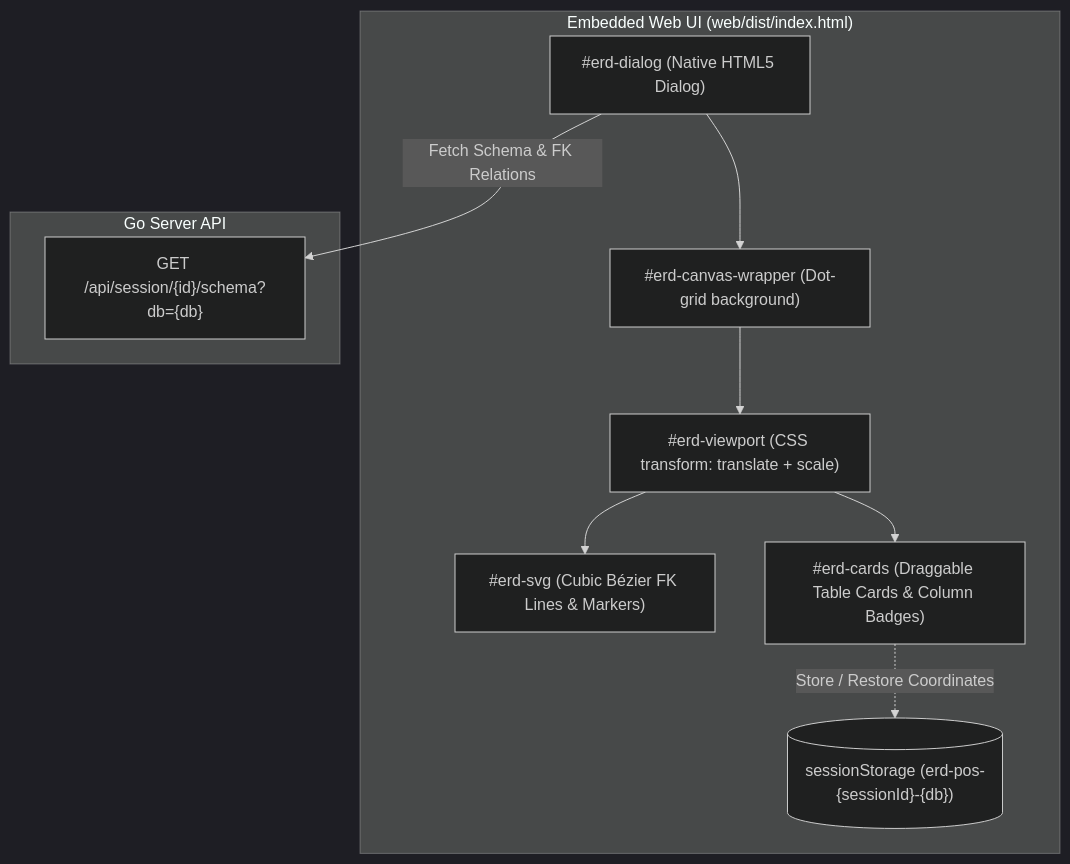
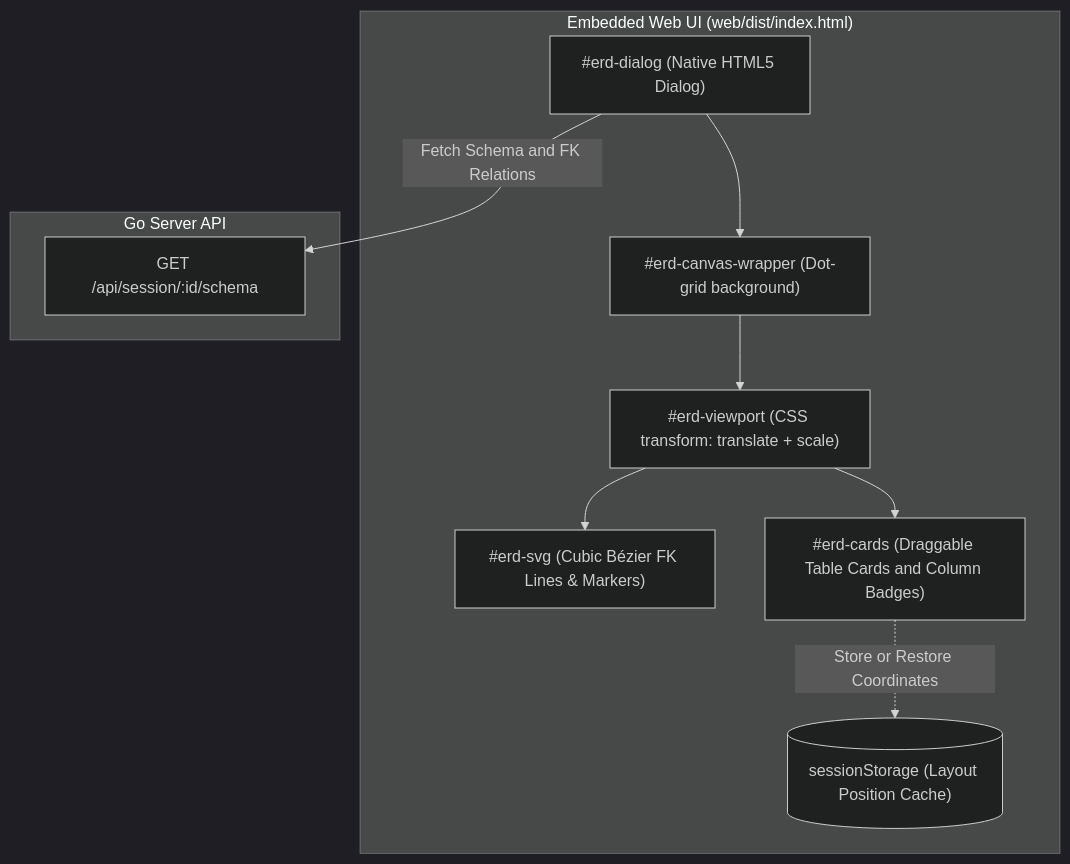
Before and after one commit to herliansyah/sqlfox: the ninth of 23 diagrams in ARCHITECTURE.md, drawn with Mermaid (dark theme). The commit also changed other lines of this file and 9 other files, not shown here.

First line of the commit message:
docs: synchronize architecture, milestones, and security specs for v0.16.1 (#137)

````diff
--- a/ARCHITECTURE.md
+++ b/ARCHITECTURE.md
@@ -396,22 +396,22 @@
 ```mermaid
 flowchart TD
     subgraph Frontend ["Embedded Web UI (web/dist/index.html)"]
         Dialog["#erd-dialog (Native HTML5 Dialog)"]
         Wrapper["#erd-canvas-wrapper (Dot-grid background)"]
         Viewport["#erd-viewport (CSS transform: translate + scale)"]
         SVG["#erd-svg (Cubic Bézier FK Lines & Markers)"]
-        Cards["#erd-cards (Draggable Table Cards & Column Badges)"]
-        SessionStore[("sessionStorage (erd-pos-{sessionId}-{db})")]
+        Cards["#erd-cards (Draggable Table Cards and Column Badges)"]
+        SessionStore[("sessionStorage (Layout Position Cache)")]
     end
 
     subgraph Backend ["Go Server API"]
-        SchemaAPI["GET /api/session/{id}/schema?db={db}"]
+        SchemaAPI["GET /api/session/:id/schema"]
     end
 
     Dialog --> Wrapper
     Wrapper --> Viewport
     Viewport --> SVG
     Viewport --> Cards
-    Cards -.->|Store / Restore Coordinates| SessionStore
-    Dialog -->|Fetch Schema & FK Relations| SchemaAPI
+    Cards -.->|Store or Restore Coordinates| SessionStore
+    Dialog -->|Fetch Schema and FK Relations| SchemaAPI
 ```
````
